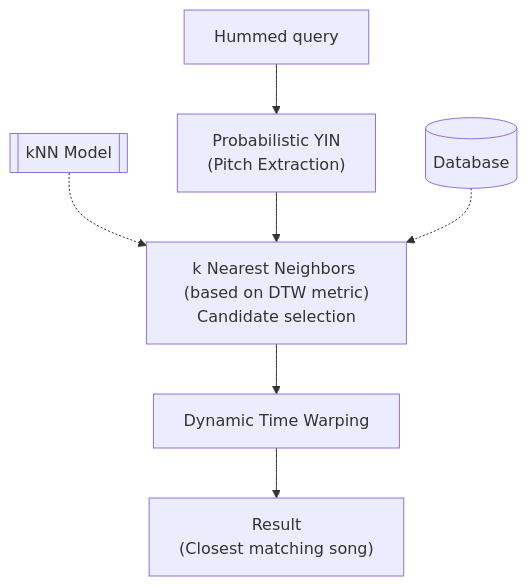
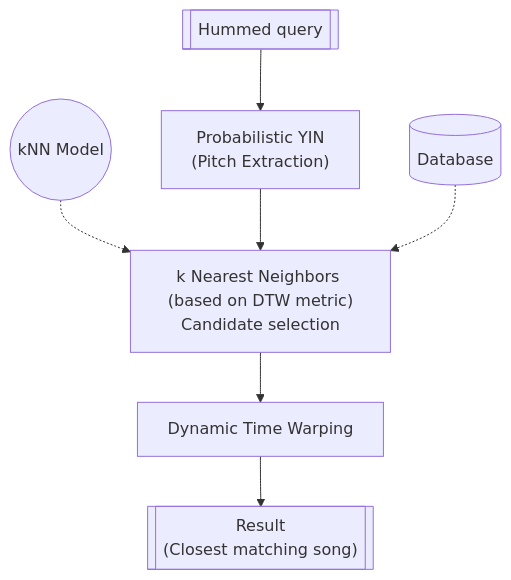
Before and after one commit to vivekvjyn/strawberry-fields: the diagram in README.md, drawn with Mermaid.

````diff
--- a/README.md
+++ b/README.md
@@ -81,9 +81,9 @@
 ```mermaid
 graph TD;
-    A["Hummed query"] --> B["Probabilistic YIN\n(Pitch Extraction)"];
-    G[["kNN Model"]] -.-> C
+    A[["Hummed query"]] --> B["Probabilistic YIN\n(Pitch Extraction)"];
+    G(("kNN Model")) -.-> C
     B --> C["k Nearest Neighbors (based on DTW metric)\nCandidate selection"];
     C --> D["Dynamic Time Warping\n"];
-    D --> E["Result\n(Closest matching song)"];
+    D --> E[["Result\n(Closest matching song)"]];
     F[("Database")] -.-> C
 ```
````
